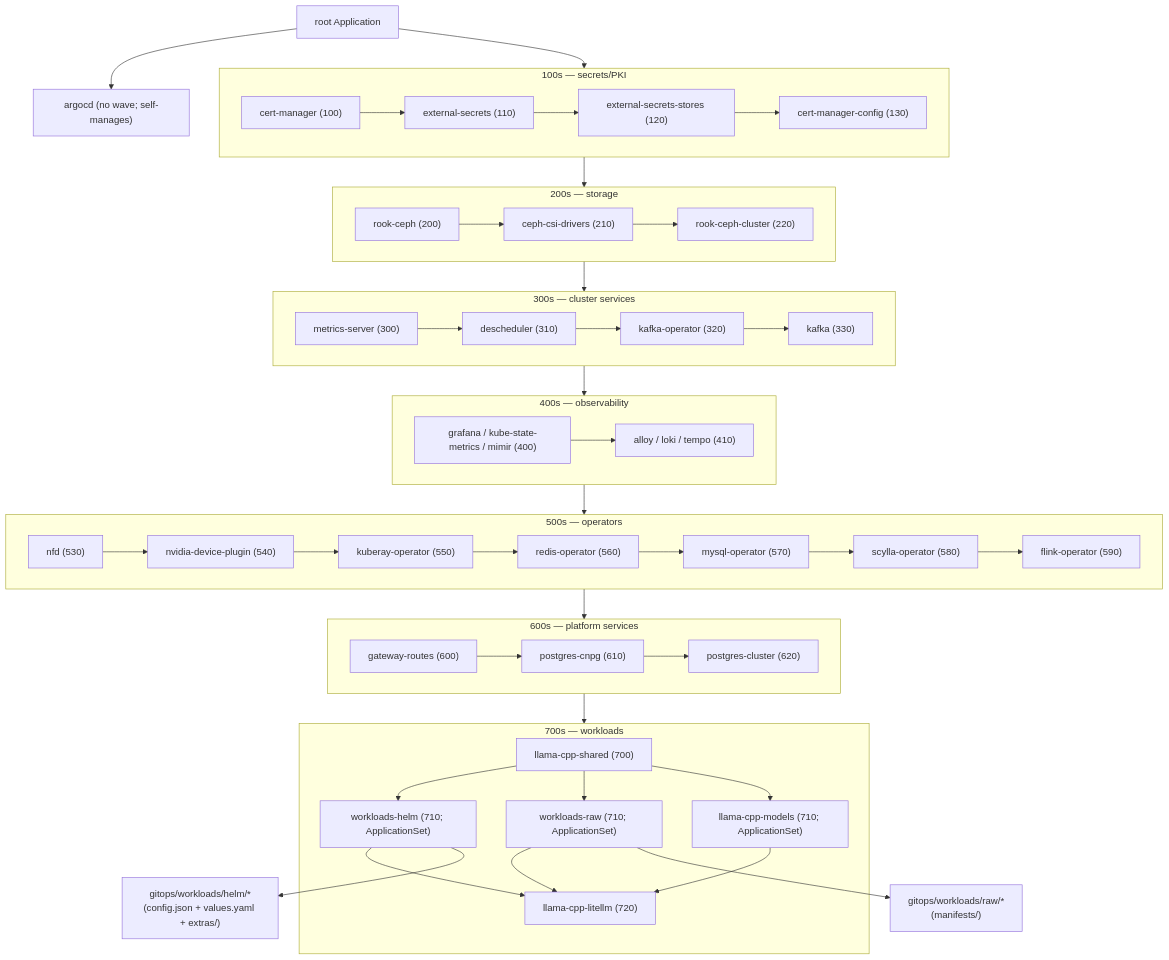
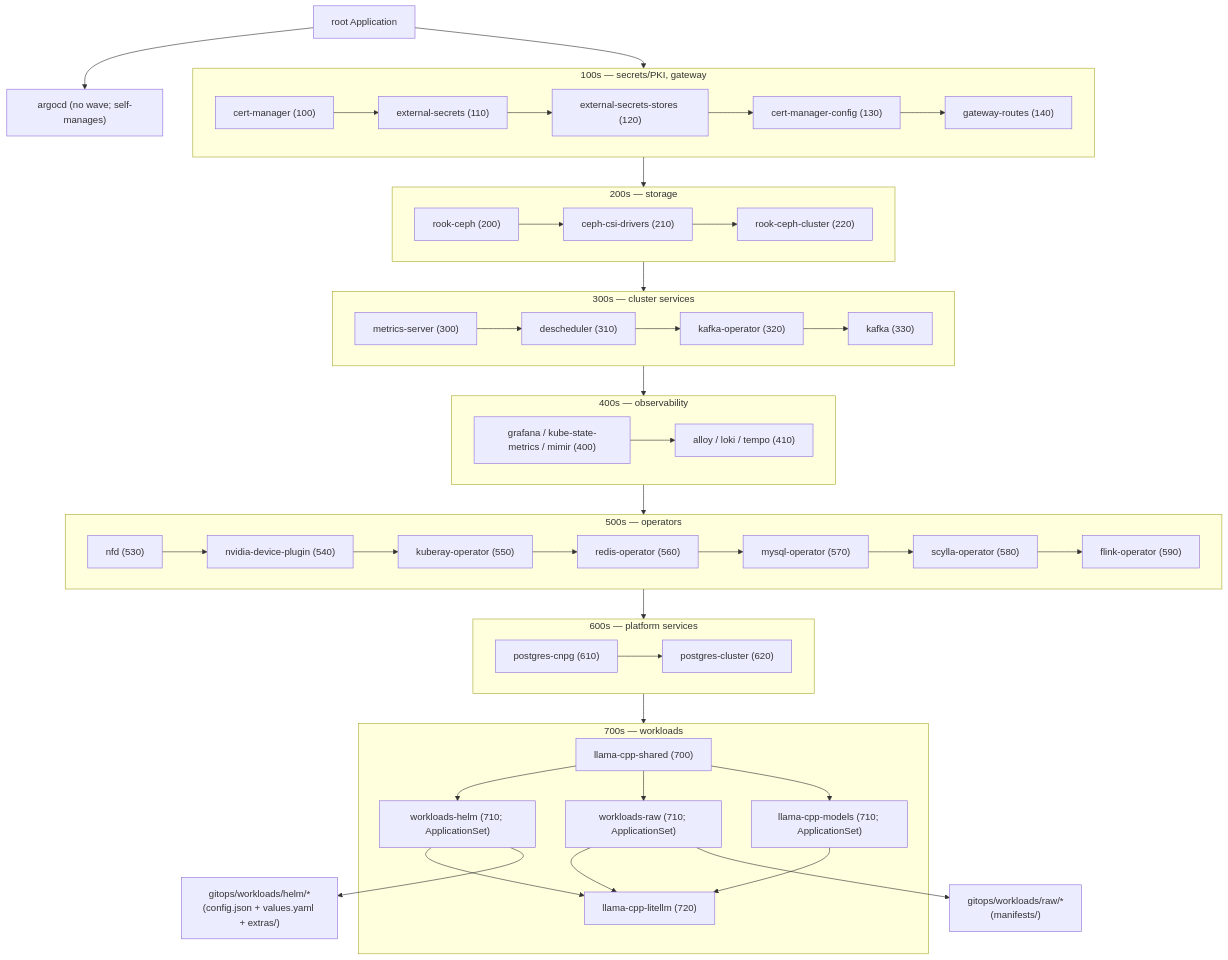
The diagram in README.md (hangxie/homelab), drawn with Mermaid before and after one commit. The commit also changed 2 other files, not shown here.

Commit message:
fix(gitops): create the Gateway before apps that route to it
Apps from wave 220 on ship HTTPRoutes parented to default-gateway, which
gateway-routes created at wave 600. An HTTPRoute with no Gateway never
reports Accepted, so Argo CD waited on rook-ceph-cluster forever and the
bootstrap never reached the wave that would have created it. Move
gateway-routes to wave 140 and sequence it in apply-root-app.yml.

````diff
--- a/README.md
+++ b/README.md
@@ -32,61 +32,61 @@
 ```mermaid
 flowchart TD
     root["root Application"]
     argocd["argocd (no wave; self-manages)"]
     root --> argocd
     root --> secrets
 
-    subgraph secrets["100s — secrets/PKI"]
+    subgraph secrets["100s — secrets/PKI, gateway"]
         cert-manager["cert-manager (100)"] --> external-secrets["external-secrets (110)"]
         external-secrets --> stores["external-secrets-stores (120)"]
         stores --> cm-config["cert-manager-config (130)"]
+        cm-config --> gateway-routes["gateway-routes (140)"]
     end
 
     subgraph storage["200s — storage"]
         rook-ceph["rook-ceph (200)"] --> csi["ceph-csi-drivers (210)"]
         csi --> ceph-cluster["rook-ceph-cluster (220)"]
     end
 
     subgraph cluster-svcs["300s — cluster services"]
         metrics-server["metrics-server (300)"] --> descheduler["descheduler (310)"]
         descheduler --> kafka-operator["kafka-operator (320)"]
         kafka-operator --> kafka["kafka (330)"]
     end
 
     subgraph observability["400s — observability"]
         metrics["grafana / kube-state-metrics / mimir (400)"] --> telemetry["alloy / loki / tempo (410)"]
     end
 
     subgraph operators["500s — operators"]
         nfd["nfd (530)"] --> nvidia["nvidia-device-plugin (540)"]
         nvidia --> kuberay["kuberay-operator (550)"]
         kuberay --> redis-op["redis-operator (560)"]
         redis-op --> mysql-op["mysql-operator (570)"]
         mysql-op --> scylla-op["scylla-operator (580)"]
         scylla-op --> flink-op["flink-operator (590)"]
     end
 
     subgraph platform-svcs["600s — platform services"]
-        gateway-routes["gateway-routes (600)"] --> cnpg["postgres-cnpg (610)"]
-        cnpg --> pg-cluster["postgres-cluster (620)"]
+        cnpg["postgres-cnpg (610)"] --> pg-cluster["postgres-cluster (620)"]
     end
 
     subgraph workloads["700s — workloads"]
         llama-shared["llama-cpp-shared (700)"]
         wl-helm["workloads-helm (710; ApplicationSet)"]
         wl-raw["workloads-raw (710; ApplicationSet)"]
         llama-models["llama-cpp-models (710; ApplicationSet)"]
         litellm["llama-cpp-litellm (720)"]
         llama-shared --> wl-helm
         llama-shared --> wl-raw
         llama-shared --> llama-models
         wl-helm --> litellm
         wl-raw --> litellm
         llama-models --> litellm
     end
 
     secrets --> storage --> cluster-svcs --> observability --> operators --> platform-svcs --> workloads
 
     wl-helm --> helm-apps["gitops/workloads/helm/*<br>(config.json + values.yaml + extras/)"]
     wl-raw --> raw-apps["gitops/workloads/raw/*<br>(manifests/)"]
 ```
````
